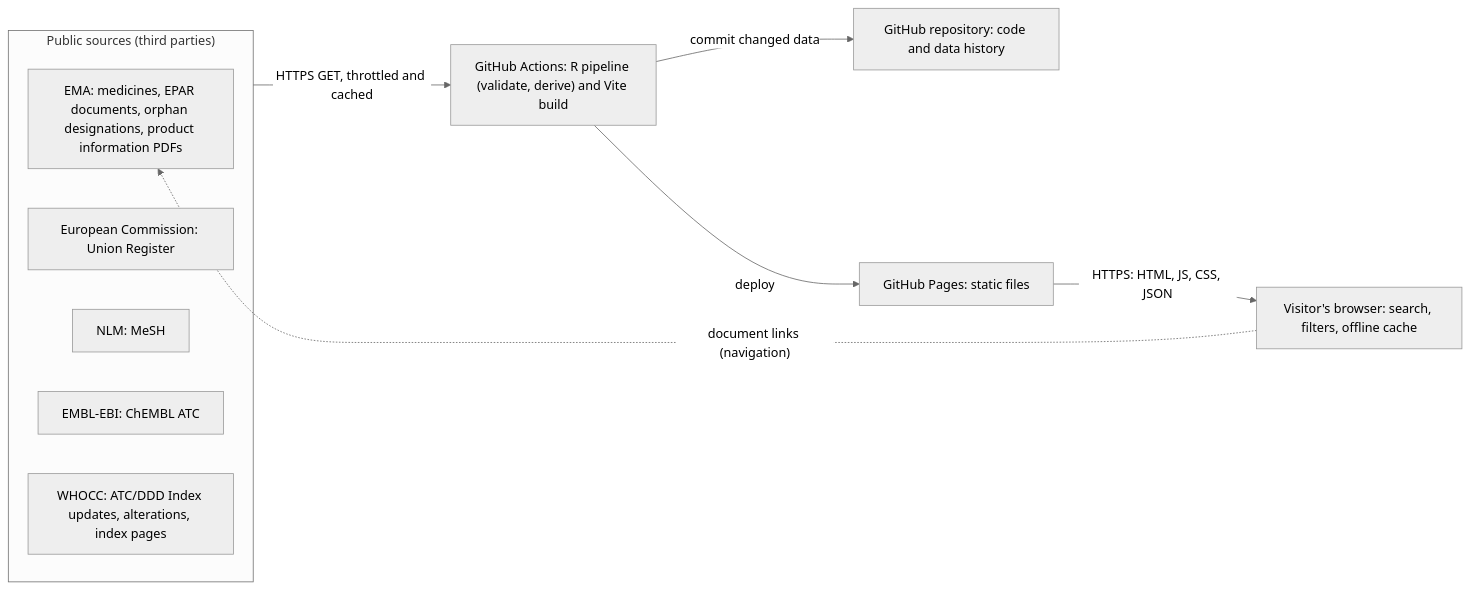
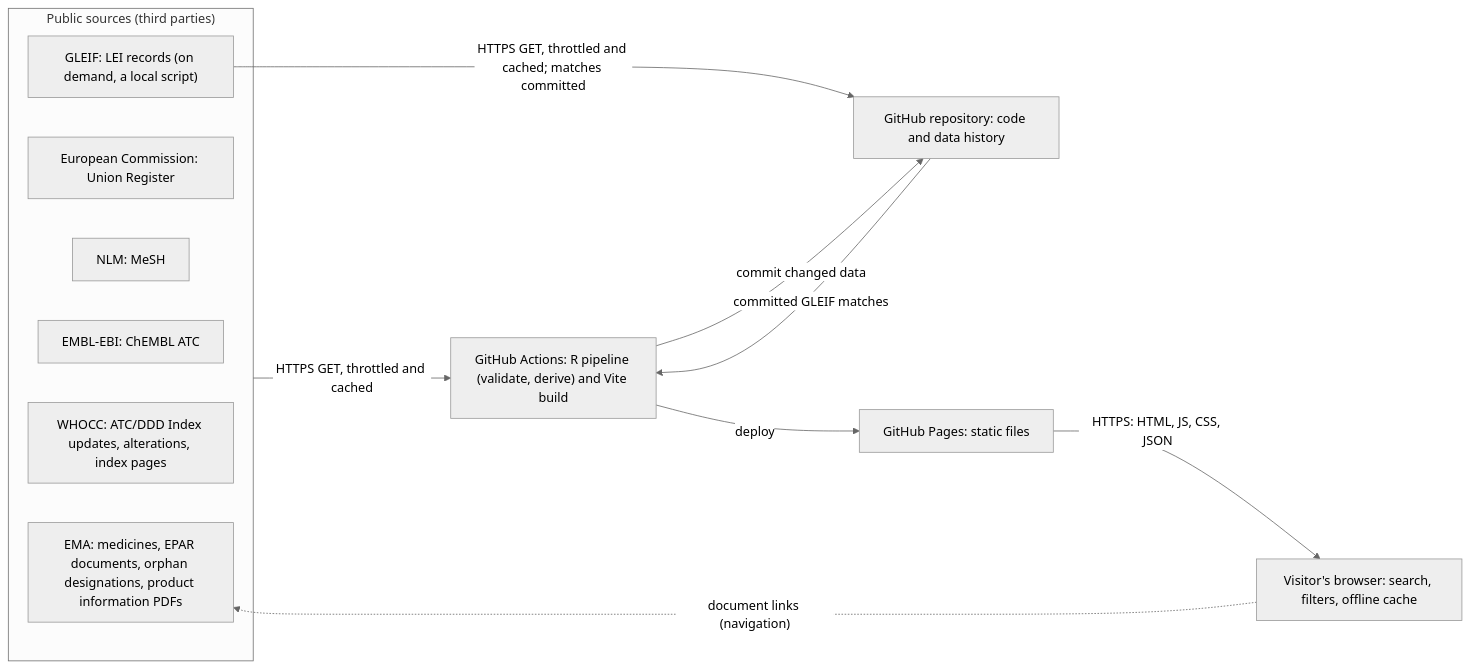
Before and after one commit to vrognas/approval-atlas: the diagram in docs/mvsp.md, drawn with Mermaid (neutral theme). The commit also changed other lines of this file and 21 other files, not shown here.

````diff
--- a/docs/mvsp.md
+++ b/docs/mvsp.md
@@ -61,19 +62,22 @@
 ```mermaid
 flowchart LR
   subgraph sources["Public sources (third parties)"]
     ema["EMA: medicines, EPAR documents, orphan designations, product information PDFs"]
     ec["European Commission: Union Register"]
     nlm["NLM: MeSH"]
     ebi["EMBL-EBI: ChEMBL ATC"]
     whocc["WHOCC: ATC/DDD Index updates, alterations, index pages"]
+    gleif["GLEIF: LEI records (on demand, a local script)"]
   end
   ci["GitHub Actions: R pipeline (validate, derive) and Vite build"]
   repo["GitHub repository: code and data history"]
   pages["GitHub Pages: static files"]
   browser["Visitor's browser: search, filters, offline cache"]
   sources -- "HTTPS GET, throttled and cached" --> ci
+  gleif -- "HTTPS GET, throttled and cached; matches committed" --> repo
+  repo -- "committed GLEIF matches" --> ci
   ci -- "commit changed data" --> repo
   ci -- "deploy" --> pages
   pages -- "HTTPS: HTML, JS, CSS, JSON" --> browser
   browser -. "document links (navigation)" .-> ema
 ```
````
